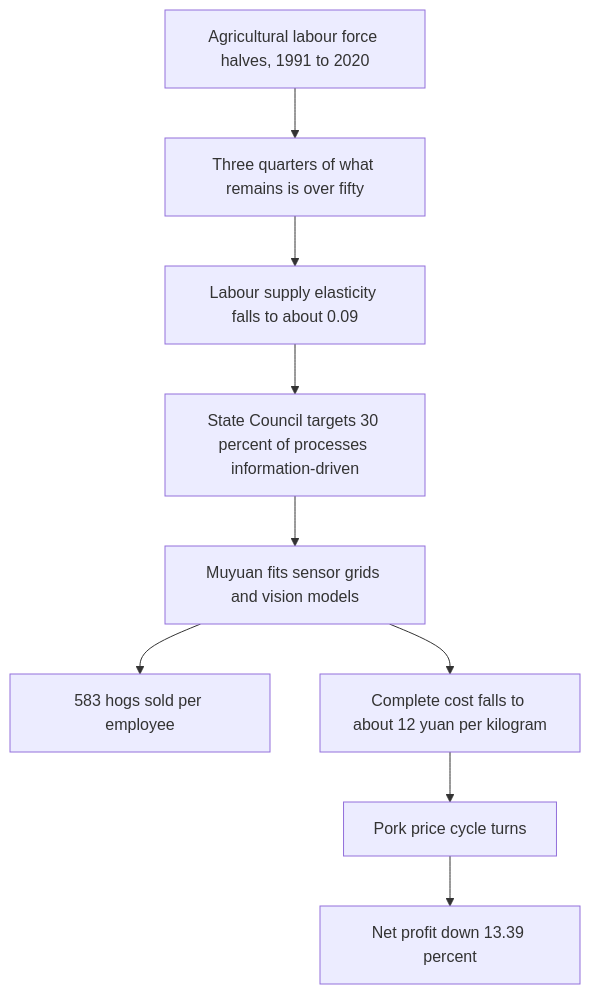
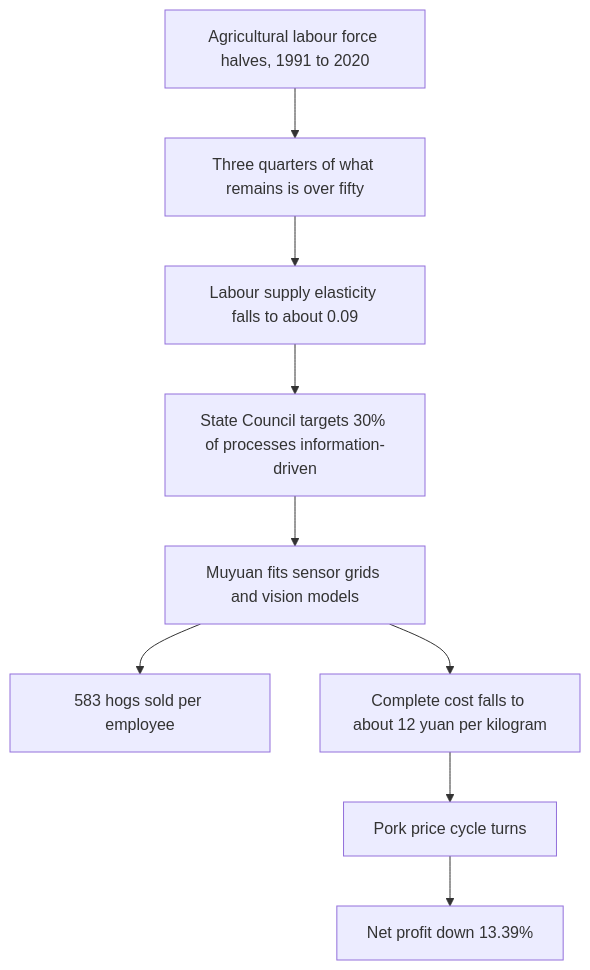
The diagram in content/blog/sow-barn-missing-hands.mdx (TarrySingh/tarrysingh-com), drawn with Mermaid before and after one commit. The commit also changed other lines of this file and 82 other files, not shown here.

````diff
--- a/content/blog/sow-barn-missing-hands.mdx
+++ b/content/blog/sow-barn-missing-hands.mdx
@@ -30,12 +30,12 @@
 ```mermaid
 %% caption: Digital labour closes the gap the demographic curve opened, then stops at the market price.
 flowchart TD
   A[Agricultural labour force halves, 1991 to 2020] --> B[Three quarters of what remains is over fifty]
   B --> C[Labour supply elasticity falls to about 0.09]
-  C --> D[State Council targets 30 percent of processes information-driven]
+  C --> D[State Council targets 30% of processes information-driven]
   D --> E[Muyuan fits sensor grids and vision models]
   E --> F[583 hogs sold per employee]
   E --> G[Complete cost falls to about 12 yuan per kilogram]
   G --> H[Pork price cycle turns]
-  H --> I[Net profit down 13.39 percent]
+  H --> I[Net profit down 13.39%]
 ```
````
